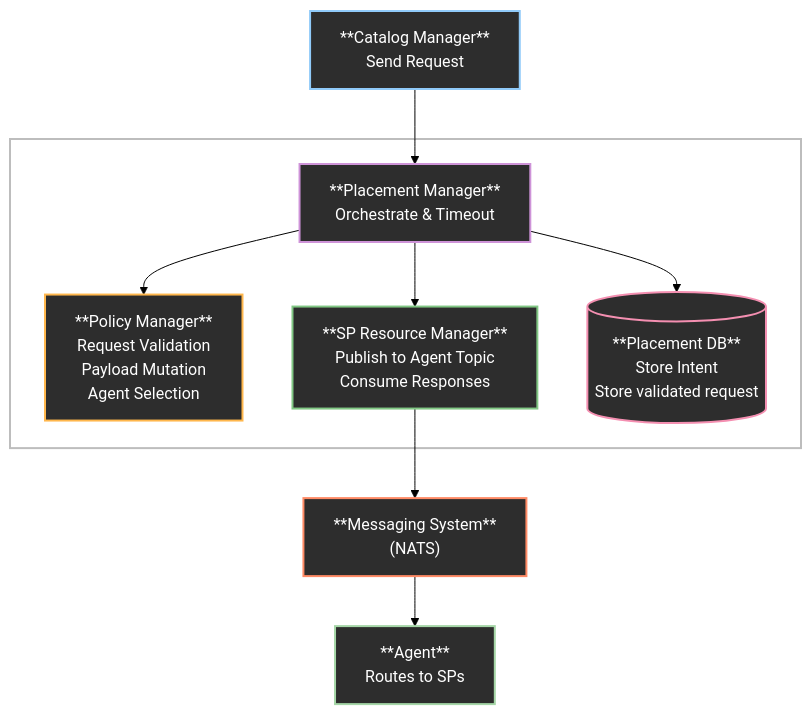
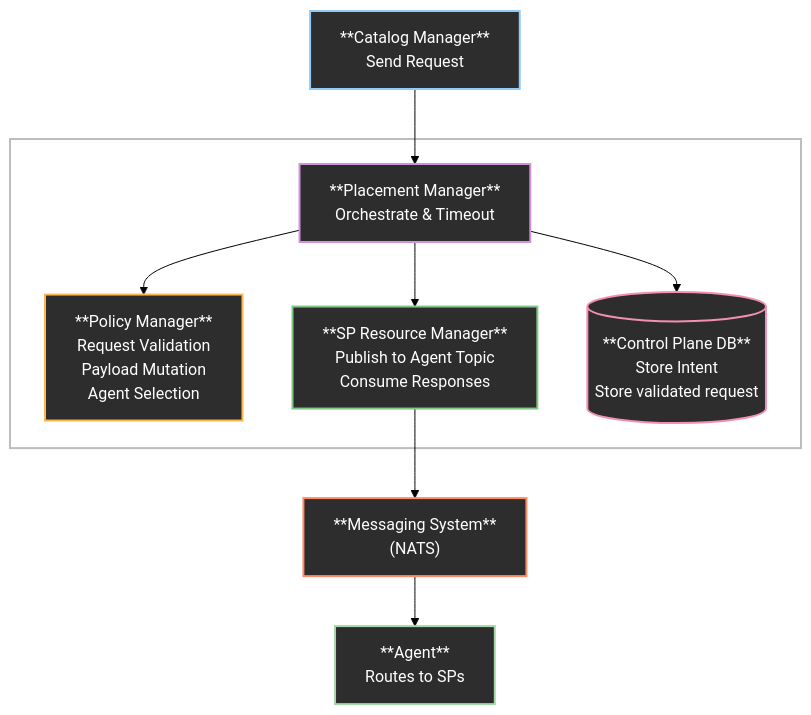
One commit to dcm-project/enhancements changed the first of 3 diagrams in enhancements/placement-manager/placement-manager.md. Above: the diagram before and after it, drawn with Mermaid (forest theme). The commit also changed other lines of this file and 1 other file, not shown here.

First line of the commit message:
Update placement for multi-resource support (#85)

````diff
--- a/enhancements/placement-manager/placement-manager.md
+++ b/enhancements/placement-manager/placement-manager.md
@@ -59,33 +90,33 @@
 ```mermaid
 %%{init: {'flowchart': {'rankSpacing': 100, 'nodeSpacing': 10, 'curve': 'linear'},}}%%
 flowchart TD
     classDef catalogManager fill:#2d2d2d,color:#ffffff,stroke:#90caf9,stroke-width:2px
     classDef placementManager fill:#2d2d2d,color:#ffffff,stroke:#ce93d8,stroke-width:2px
     classDef policyEngine fill:#2d2d2d,color:#ffffff,stroke:#ffb74d,stroke-width:2px
     classDef spResourceManager fill:#2d2d2d,color:#ffffff,stroke:#81c784,stroke-width:2px
     classDef database fill:#2d2d2d,color:#ffffff,stroke:#f48fb1,stroke-width:2px
     classDef messaging fill:#2d2d2d,color:#ffffff,stroke:#ff8a65,stroke-width:2px
     classDef agent fill:#2d2d2d,color:#ffffff,stroke:#a5d6a7,stroke-width:2px
     classDef dcmCore fill:#FFFFFF,stroke:#bdbdbd,stroke-width:2px
 
     CM["**Catalog Manager**<br/>Send Request"]:::catalogManager
 
     subgraph DCM_Core [ ]
         PM["**Placement Manager**<br/>Orchestrate & Timeout"]:::placementManager
         PE["**Policy Manager**<br/>Request Validation<br/>Payload Mutation<br/>Agent Selection"]:::policyEngine
         SPRM["**SP Resource Manager**<br/>Publish to Agent Topic<br/>Consume Responses"]:::spResourceManager
-        PM_DB[("**Placement DB**<br/>Store Intent<br/>Store validated request")]:::database
+        PM_DB[("**Control Plane DB**<br/>Store Intent<br/>Store validated request")]:::database
     end
 
     MS["**Messaging System**<br/>(NATS)"]:::messaging
     AG["**Agent**<br/>Routes to SPs"]:::agent
 
     CM --> PM
     PM --> PE
     PM --> PM_DB
     PM --> SPRM
     SPRM --> MS
     MS --> AG
 
     class DCM_Core dcmCore
 ```
````
